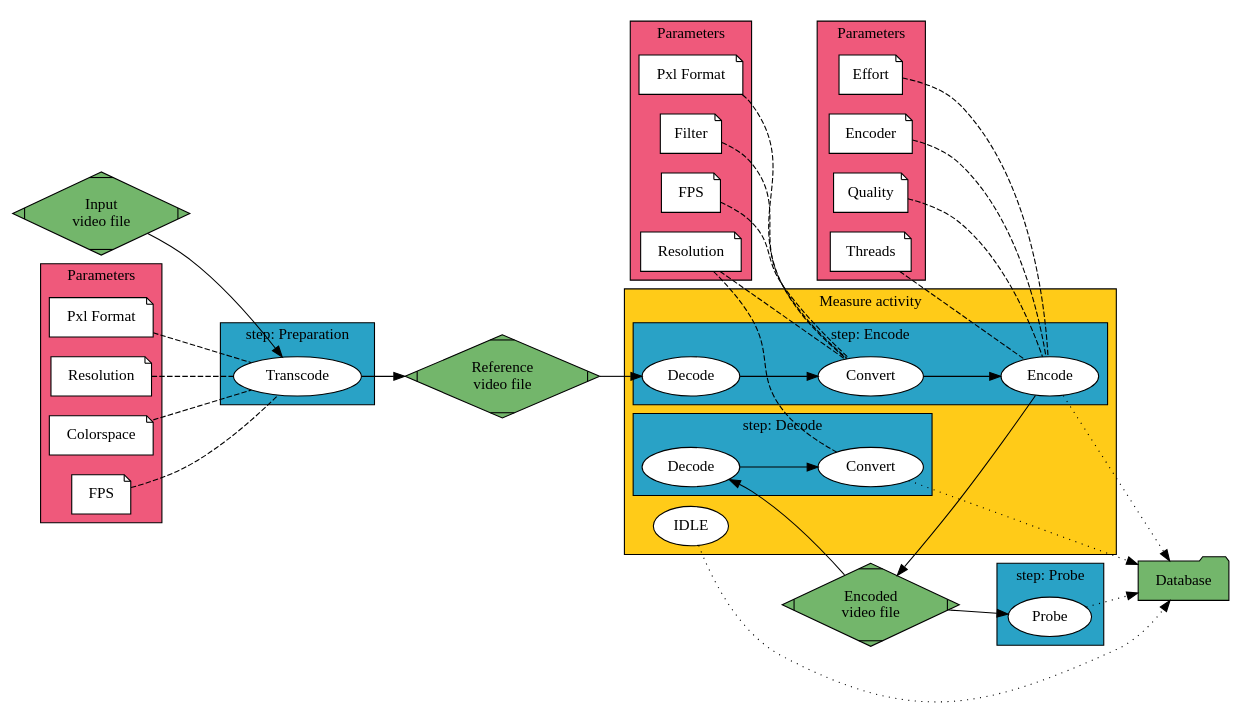
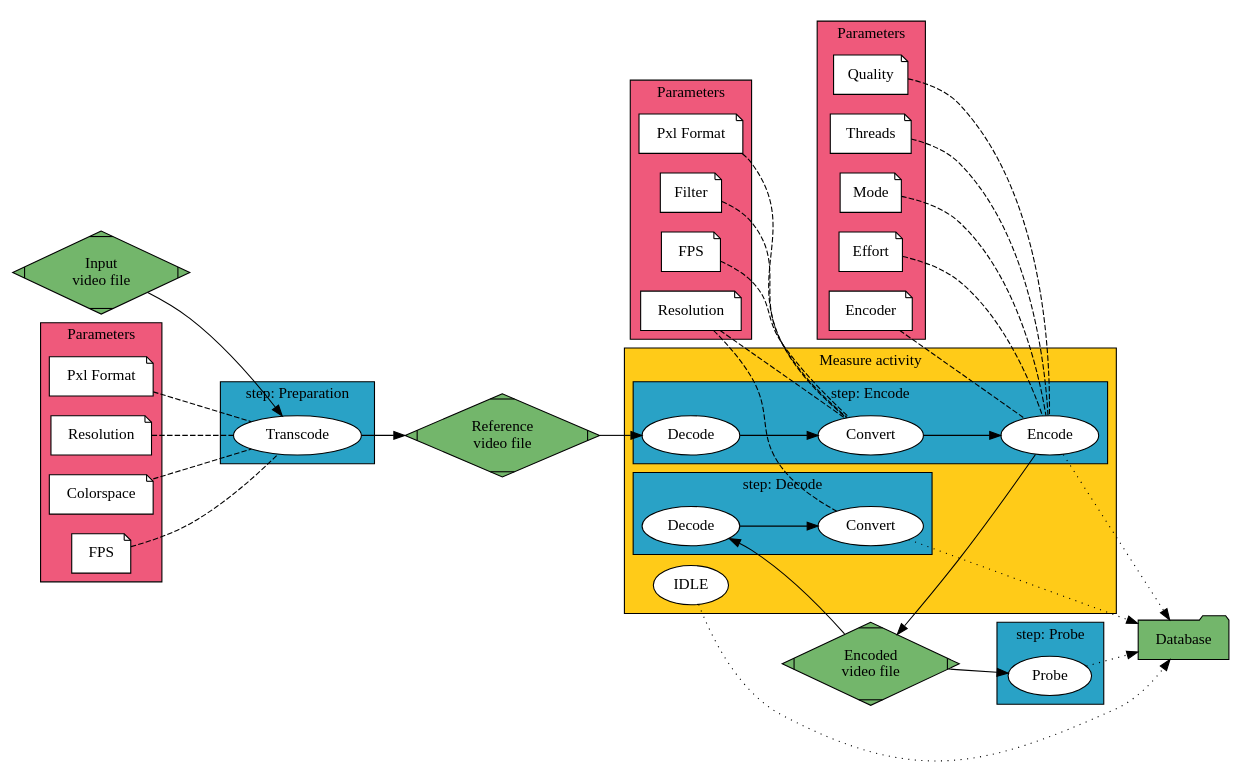
Before and after one commit to robinechuca/mendevi: the diagram in docs/media/pipeline.dot, drawn with Graphviz.

Commit message:
update pipeline graph

```diff
--- a/docs/media/pipeline.dot
+++ b/docs/media/pipeline.dot
@@ -1,100 +1,101 @@
 # dot -Tsvg pipeline.dot > pipeline.svg
 digraph pipeline {
     rankdir=LR
 
     # data
     src [label="Input\nvideo file", shape=Mdiamond, style=filled, fillcolor="#73b66b"]
     ref [label="Reference\nvideo file", shape=Mdiamond, style=filled, fillcolor="#73b66b"]
     dst [label="Encoded\nvideo file", shape=Mdiamond, style=filled, fillcolor="#73b66b"]
 
     # parameters
     p_colorspace [label="Colorspace", shape=note, style=filled, fillcolor=white]
     p_fps [label="FPS", shape=note, style=filled, fillcolor=white]
     p_pxl [label="Pxl Format", shape=note, style=filled, fillcolor=white]
     p_resol [label="Resolution", shape=note, style=filled, fillcolor=white]
 
     c_fps [label="FPS", shape=note, style=filled, fillcolor=white]
     c_pxl [label="Pxl Format", shape=note, style=filled, fillcolor=white]
     c_resol [label="Resolution", shape=note, style=filled, fillcolor=white]
     c_filter [label="Filter", shape=note, style=filled, fillcolor=white]
 
     effort [label="Effort", shape=note, style=filled, fillcolor=white]
     encoder [label="Encoder", shape=note, style=filled, fillcolor=white]
     quality [label="Quality", shape=note, style=filled, fillcolor=white]
     threads [label="Threads", shape=note, style=filled, fillcolor=white]
+    mode_ [label="Mode", shape=note, style=filled, fillcolor=white]
 
     database [label="Database", shape=folder, style=filled, fillcolor="#73b66b"]
 
     # process
     prepare [label="Transcode", style=filled, fillcolor=white]
     t_dec [label="Decode", style=filled, fillcolor=white]
     t_convert [label="Convert", style=filled, fillcolor=white]
     t_encode [label="Encode", style=filled, fillcolor=white]
     decode [label="Decode", style=filled, fillcolor=white]
     convert [label="Convert", style=filled, fillcolor=white]
     probe [label="Probe", style=filled, fillcolor=white]
     idle [label="IDLE", style=filled, fillcolor=white]
 
     # blocs
     subgraph clus_prepare {
         cluster=true
         label="step: Preparation"
         bgcolor="#29a2c6"
         prepare
     }
     subgraph clus_energy {
         cluster=true
         label="Measure activity"
         bgcolor="#ffcb18"
         subgraph clus_encode {
             cluster=true
             label="step: Encode"
             bgcolor="#29a2c6"
             t_dec t_convert t_encode
         }
         subgraph clus_decode {
             cluster=true
             label="step: Decode"
             bgcolor="#29a2c6"
             decode convert
         }
         idle
     }
     subgraph clus_probe {
         cluster=true
         label="step: Probe"
         bgcolor="#29a2c6"
         probe
     }
 
     # parameters blocs
     subgraph clus_param_prepare {
         cluster=true
         label="Parameters"
         bgcolor="#ef597b"
         p_colorspace p_fps p_pxl p_resol
     }
     subgraph clus_param_convert {
         cluster=true
         label="Parameters"
         bgcolor="#ef597b"
         c_fps c_pxl c_resol c_filter
     }
     subgraph clus_param_encode {
         cluster=true
         label="Parameters"
         bgcolor="#ef597b"
-        effort encoder quality threads
+        effort encoder quality threads mode_
     }
 
     # pipeline
     src -> prepare -> ref -> t_dec -> t_convert -> t_encode -> dst -> {decode, probe}
     decode -> convert
     {idle, t_encode, convert, probe} -> database [style=dotted] # minlen=2
 
     # arguments
     {p_colorspace, p_fps, p_pxl, p_resol} -> prepare [arrowhead=none, style=dashed]
     {c_fps, c_pxl, c_resol, c_filter} -> t_convert [arrowhead=none, style=dashed]
-    {effort, encoder, quality, threads} -> t_encode [arrowhead=none, style=dashed]
+    {effort, encoder, quality, threads, mode_} -> t_encode [arrowhead=none, style=dashed]
     {c_resol} -> convert [arrowhead=none, style=dashed]
 }
```
